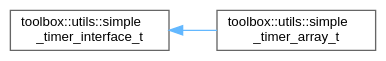
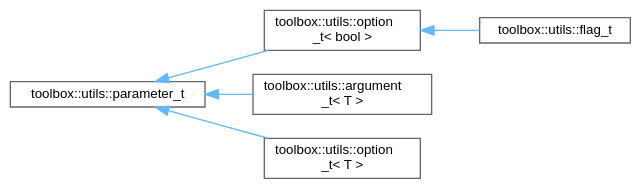
The diagram in inherit_graph_186.dot (nerdneilsfield/cpp-toolbox), drawn with Graphviz before and after one commit. The commit also changed 405 other files, not shown here.

```diff
--- a/inherit_graph_186.dot
+++ b/inherit_graph_186.dot
@@ -1,11 +1,17 @@
 digraph "Graphical Class Hierarchy"
 {
  // LATEX_PDF_SIZE
   bgcolor="transparent";
   edge [fontname=Helvetica,fontsize=10,labelfontname=Helvetica,labelfontsize=10];
   node [fontname=Helvetica,fontsize=10,shape=box,height=0.2,width=0.4];
   rankdir="LR";
-  Node0 [id="Node000000",label="toolbox::utils::simple\l_timer_interface_t",height=0.2,width=0.4,color="grey40", fillcolor="white", style="filled",URL="$classtoolbox_1_1utils_1_1simple__timer__interface__t.html",tooltip="Interface for managing a collection of timers."];
-  Node0 -> Node1 [id="edge123_Node000000_Node000001",dir="back",color="steelblue1",style="solid",tooltip=" "];
-  Node1 [id="Node000001",label="toolbox::utils::simple\l_timer_array_t",height=0.2,width=0.4,color="grey40", fillcolor="white", style="filled",URL="$classtoolbox_1_1utils_1_1simple__timer__array__t.html",tooltip="Concrete implementation of simple_timer_interface_t using an array of timers."];
+  Node0 [id="Node000000",label="toolbox::utils::parameter_t",height=0.2,width=0.4,color="grey40", fillcolor="white", style="filled",URL="$classtoolbox_1_1utils_1_1parameter__t.html",tooltip=" "];
+  Node0 -> Node1 [id="edge125_Node000000_Node000001",dir="back",color="steelblue1",style="solid",tooltip=" "];
+  Node1 [id="Node000001",label="toolbox::utils::option\l_t\< bool \>",height=0.2,width=0.4,color="grey40", fillcolor="white", style="filled",URL="$classtoolbox_1_1utils_1_1option__t.html",tooltip=" "];
+  Node1 -> Node2 [id="edge126_Node000001_Node000002",dir="back",color="steelblue1",style="solid",tooltip=" "];
+  Node2 [id="Node000002",label="toolbox::utils::flag_t",height=0.2,width=0.4,color="grey40", fillcolor="white", style="filled",URL="$classtoolbox_1_1utils_1_1flag__t.html",tooltip=" "];
+  Node0 -> Node3 [id="edge127_Node000000_Node000003",dir="back",color="steelblue1",style="solid",tooltip=" "];
+  Node3 [id="Node000003",label="toolbox::utils::argument\l_t\< T \>",height=0.2,width=0.4,color="grey40", fillcolor="white", style="filled",URL="$classtoolbox_1_1utils_1_1argument__t.html",tooltip=" "];
+  Node0 -> Node4 [id="edge128_Node000000_Node000004",dir="back",color="steelblue1",style="solid",tooltip=" "];
+  Node4 [id="Node000004",label="toolbox::utils::option\l_t\< T \>",height=0.2,width=0.4,color="grey40", fillcolor="white", style="filled",URL="$classtoolbox_1_1utils_1_1option__t.html",tooltip=" "];
 }
```
